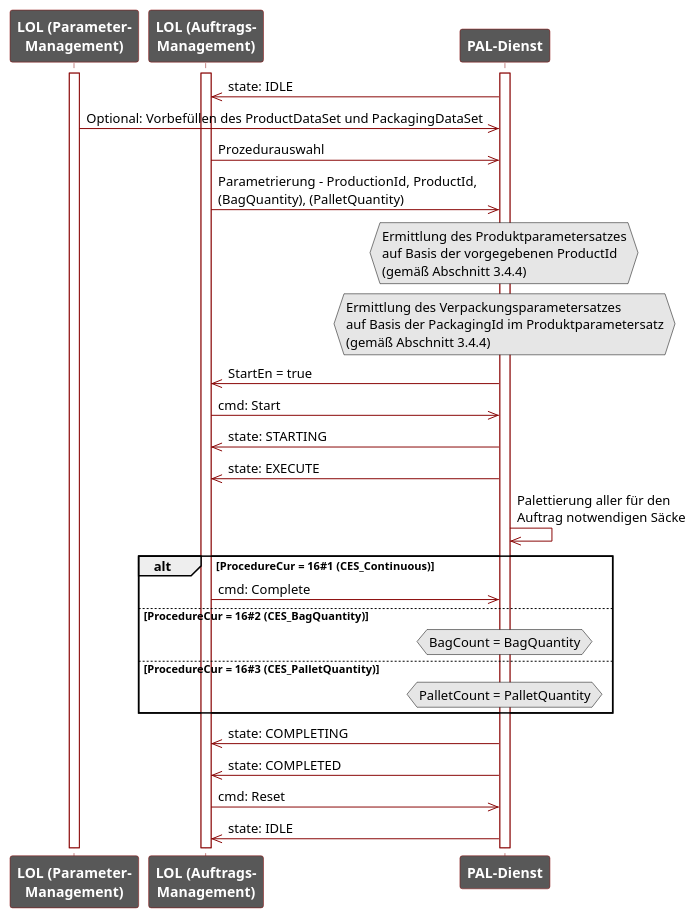
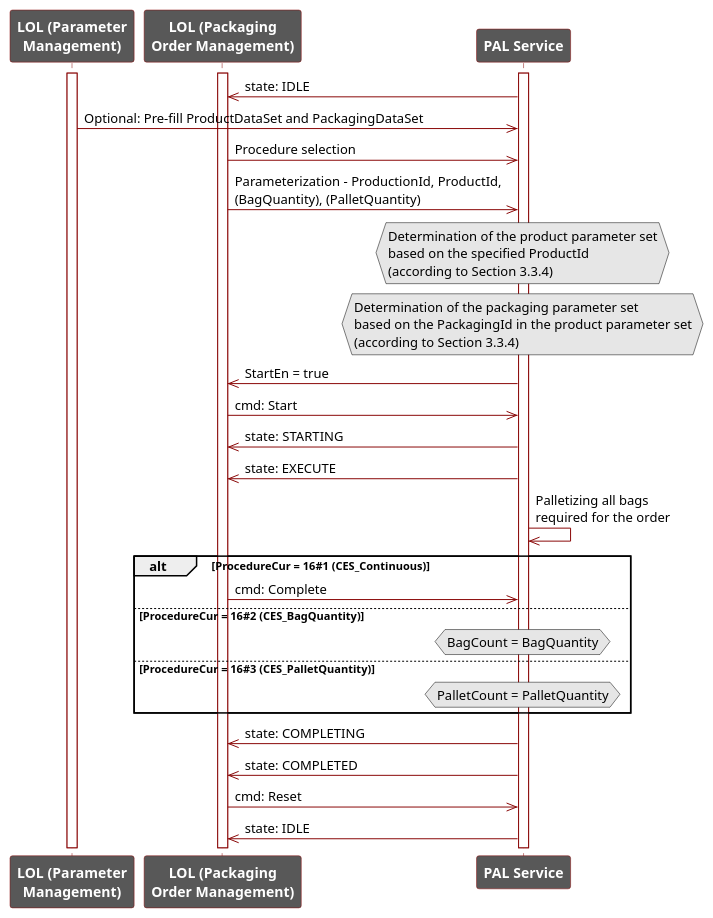
Before and after one commit to Blumi102/MTP4Logistics: the diagram in 03_Logistics_Equipment_Assemblies/images/Arbeitsweise_CES_PAL.wsd, drawn with PlantUML. The commit also changed 25 other files, not shown here.

```diff
--- a/03_Logistics_Equipment_Assemblies/images/Arbeitsweise_CES_PAL.wsd
+++ b/03_Logistics_Equipment_Assemblies/images/Arbeitsweise_CES_PAL.wsd
@@ -1,78 +1,78 @@
 @startuml Arbeitsweise_CES_PAL
 skinparam backgroundColor #FFFFFF
 
 skinparam sequence {
 ArrowColor #8A0808
 LifeLineBorderColor #8A0808
 
 ParticipantBorderColor #8A0808
 ParticipantBackgroundColor #585858
 ParticipantFontColor #FFFFFF
 }
 
 skinparam note {
 borderColor #000000
 backgroundColor #E6E6E6
 }
 
-participant "**LOL (Parameter-**\n**Management)**" as PM order 1
-participant "**LOL (Auftrags-**\n**Management)**" as AM order 2
-participant "**PAL-Dienst**" as Service order 3
+participant "**LOL (Parameter**\n**Management)**" as PM order 1
+participant "**LOL (Packaging**\n**Order Management)**" as AM order 2
+participant "**PAL Service**" as Service order 3
 
 
 activate AM
 activate PM
 activate Service
 
 Service ->> AM: state: IDLE
-PM ->> Service: Optional: Vorbefüllen des ProductDataSet und PackagingDataSet
-AM ->> Service: Prozedurauswahl
+PM ->> Service: Optional: Pre-fill ProductDataSet and PackagingDataSet
+AM ->> Service: Procedure selection
 
-AM ->> Service: Parametrierung - ProductionId, ProductId,\n(BagQuantity), (PalletQuantity)
+AM ->> Service: Parameterization - ProductionId, ProductId,\n(BagQuantity), (PalletQuantity)
 
 hnote over Service
-Ermittlung des Produktparametersatzes
-auf Basis der vorgegebenen ProductId
-(gemäß Abschnitt 3.4.4)
+Determination of the product parameter set
+based on the specified ProductId
+(according to Section 3.3.4)
 end note
 
 hnote over Service
-Ermittlung des Verpackungsparametersatzes
-auf Basis der PackagingId im Produktparametersatz
-(gemäß Abschnitt 3.4.4)
+Determination of the packaging parameter set
+based on the PackagingId in the product parameter set
+(according to Section 3.3.4)
 end note
 
 Service ->> AM: StartEn = true
 AM ->> Service: cmd: Start
 
 Service ->> AM: state: STARTING
 Service ->> AM: state: EXECUTE
 
-Service ->> Service: Palettierung aller für den\nAuftrag notwendigen Säcke
+Service ->> Service: Palletizing all bags\nrequired for the order
 
 alt ProcedureCur = 16#1 (CES_Continuous)
 
 AM ->> Service: cmd: Complete
 
 else ProcedureCur = 16#2 (CES_BagQuantity)
 
 hnote over Service
 BagCount = BagQuantity
 end note
 
 else ProcedureCur = 16#3 (CES_PalletQuantity)
 
 hnote over Service
 PalletCount = PalletQuantity
 end note
 
-end 
+end
 
 Service ->> AM: state: COMPLETING
 Service ->> AM: state: COMPLETED
 
 AM ->> Service: cmd: Reset
 
 Service ->> AM: state: IDLE
 
 @enduml
```
